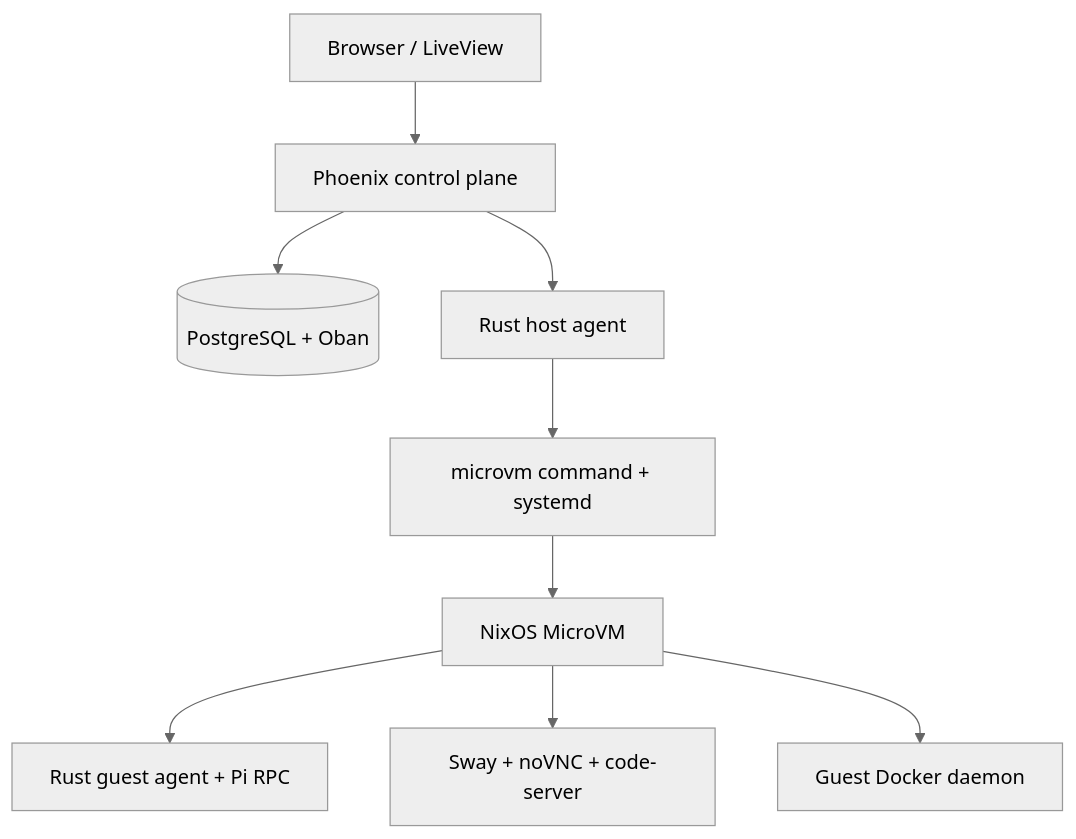
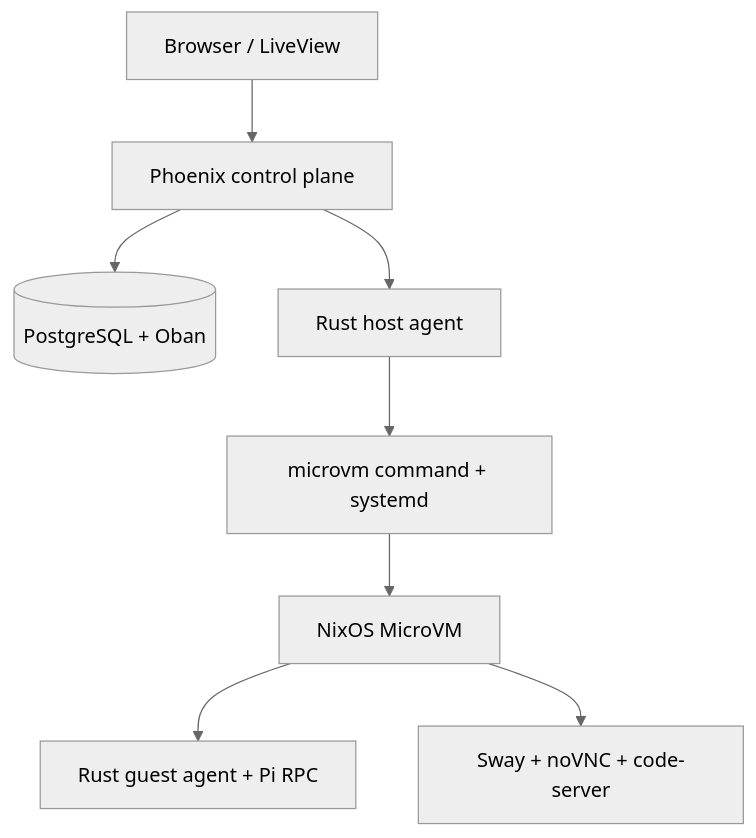
The diagram in workbench/README.md (khuedoan/playground), drawn with Mermaid (neutral theme) before and after one commit. The commit also changed other lines of this file and 6 other files, not shown here.

````diff
--- a/workbench/README.md
+++ b/workbench/README.md
@@ -24,11 +24,10 @@
 ```mermaid
 flowchart TD
     B["Browser / LiveView"] --> P["Phoenix control plane"]
     P --> DB[("PostgreSQL + Oban")]
     P --> H["Rust host agent"]
     H --> M["microvm command + systemd"]
     M --> V["NixOS MicroVM"]
     V --> G["Rust guest agent + Pi RPC"]
     V --> UI["Sway + noVNC + code-server"]
-    V --> D["Guest Docker daemon"]
 ```
````
